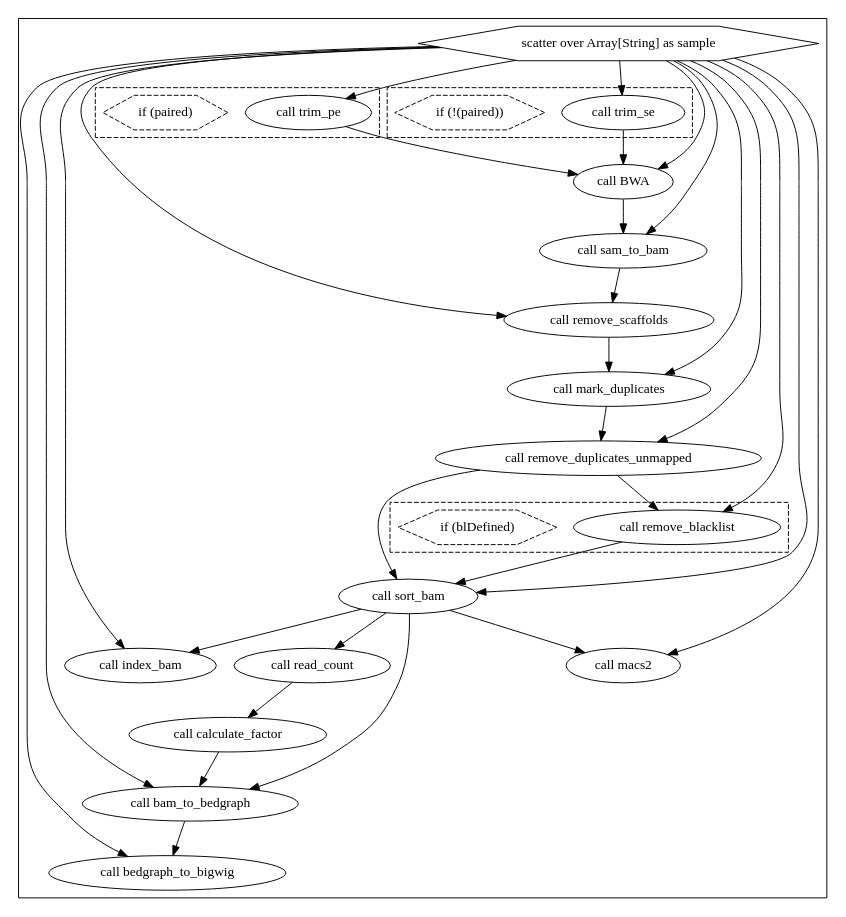
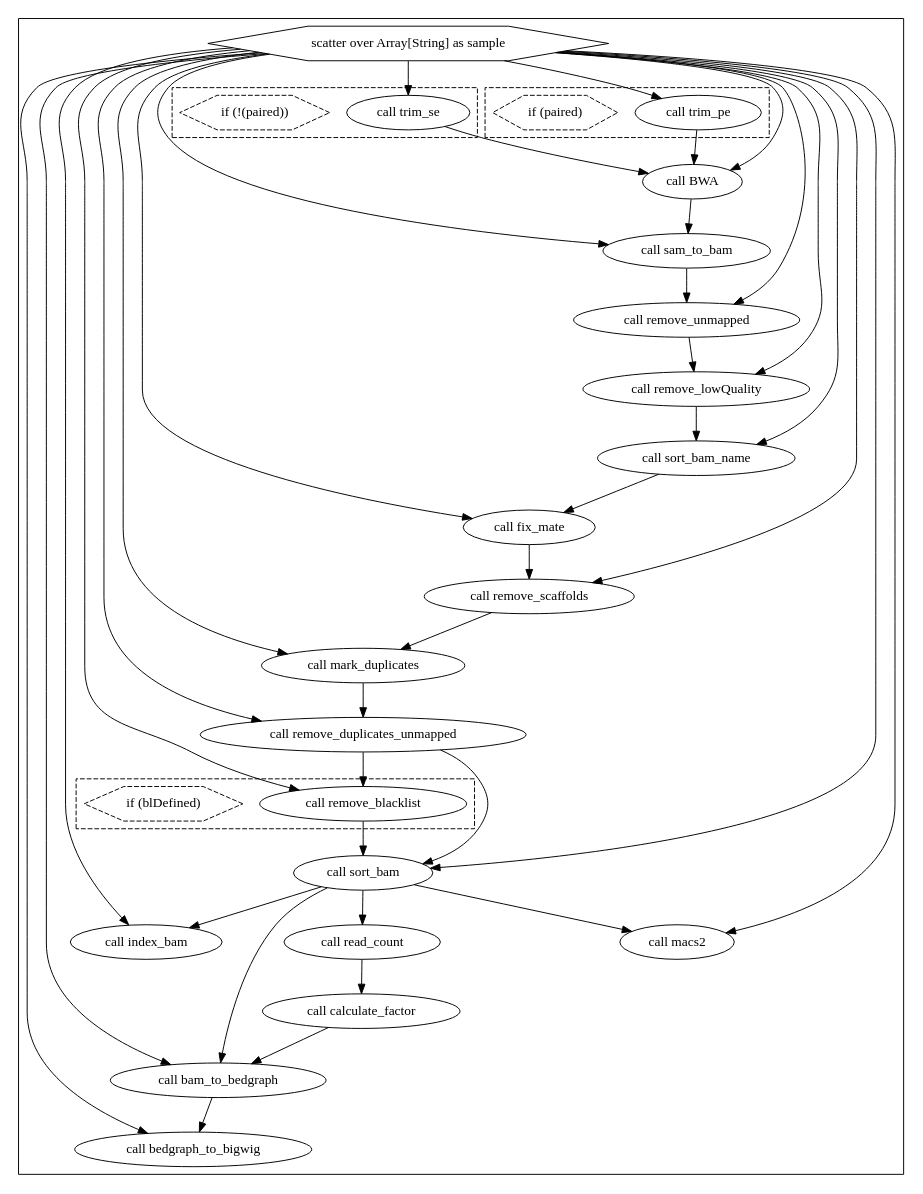
Before and after one commit to faryabiLab/dockerize-workflows: the diagram in workflows/chip_seq/chipseq.dot, drawn with Graphviz. The commit also changed 1 other file, not shown here.

Commit message:
Auto-update WDL workflow graphs

```diff
--- a/workflows/chip_seq/chipseq.dot
+++ b/workflows/chip_seq/chipseq.dot
@@ -1,72 +1,84 @@
 digraph ChIPseq {
   #rankdir=LR;
   compound=true;
 
   # Links
-  CALL_BWA -> CALL_sam_to_bam
   CALL_read_count -> CALL_calculate_factor
   SCATTER_0_VARIABLE_sample -> CALL_BWA
   SCATTER_0_VARIABLE_sample -> CALL_bedgraph_to_bigwig
-  CALL_sam_to_bam -> CALL_remove_scaffolds
-  CALL_remove_duplicates_unmapped -> CALL_sort_bam
-  CALL_trim_pe -> CALL_BWA
+  CALL_sam_to_bam -> CALL_remove_unmapped
   SCATTER_0_VARIABLE_sample -> CALL_trim_se
   CALL_sort_bam -> CALL_index_bam
   SCATTER_0_VARIABLE_sample -> CALL_remove_blacklist
   CALL_remove_scaffolds -> CALL_mark_duplicates
+  SCATTER_0_VARIABLE_sample -> CALL_fix_mate
   CALL_trim_se -> CALL_BWA
+  SCATTER_0_VARIABLE_sample -> CALL_sort_bam_name
   CALL_calculate_factor -> CALL_bam_to_bedgraph
   CALL_mark_duplicates -> CALL_remove_duplicates_unmapped
+  CALL_sort_bam_name -> CALL_fix_mate
+  CALL_BWA -> CALL_sam_to_bam
+  CALL_remove_unmapped -> CALL_remove_lowQuality
   CALL_sort_bam -> CALL_macs2
   SCATTER_0_VARIABLE_sample -> CALL_remove_duplicates_unmapped
   CALL_bam_to_bedgraph -> CALL_bedgraph_to_bigwig
   CALL_sort_bam -> CALL_read_count
   SCATTER_0_VARIABLE_sample -> CALL_macs2
   SCATTER_0_VARIABLE_sample -> CALL_sort_bam
+  SCATTER_0_VARIABLE_sample -> CALL_remove_unmapped
+  CALL_remove_lowQuality -> CALL_sort_bam_name
+  CALL_remove_duplicates_unmapped -> CALL_sort_bam
   SCATTER_0_VARIABLE_sample -> CALL_remove_scaffolds
   SCATTER_0_VARIABLE_sample -> CALL_mark_duplicates
   SCATTER_0_VARIABLE_sample -> CALL_bam_to_bedgraph
   CALL_remove_duplicates_unmapped -> CALL_remove_blacklist
   SCATTER_0_VARIABLE_sample -> CALL_index_bam
+  SCATTER_0_VARIABLE_sample -> CALL_remove_lowQuality
   SCATTER_0_VARIABLE_sample -> CALL_trim_pe
   CALL_sort_bam -> CALL_bam_to_bedgraph
+  CALL_trim_pe -> CALL_BWA
+  CALL_fix_mate -> CALL_remove_scaffolds
   SCATTER_0_VARIABLE_sample -> CALL_sam_to_bam
   CALL_remove_blacklist -> CALL_sort_bam
 
   # Nodes
   subgraph cluster_0 {
     style="filled,solid";
     fillcolor=white;
+    CALL_sort_bam_name [label="call sort_bam_name"]
     SCATTER_0_VARIABLE_sample [shape="hexagon" label="scatter over Array[String] as sample"]
     CALL_sam_to_bam [label="call sam_to_bam"]
-    CALL_mark_duplicates [label="call mark_duplicates"]
     subgraph cluster_1 {
       style="filled,dashed";
       fillcolor=white;
       CALL_trim_se [label="call trim_se"]
       CONDITIONAL_1_EXPRESSION [shape="hexagon" label="if (!(paired))" style="dashed" ]
     }
-    CALL_bam_to_bedgraph [label="call bam_to_bedgraph"]
+    CALL_remove_lowQuality [label="call remove_lowQuality"]
     CALL_BWA [label="call BWA"]
     CALL_calculate_factor [label="call calculate_factor"]
+    CALL_fix_mate [label="call fix_mate"]
+    CALL_remove_duplicates_unmapped [label="call remove_duplicates_unmapped"]
     CALL_remove_scaffolds [label="call remove_scaffolds"]
     CALL_sort_bam [label="call sort_bam"]
     CALL_macs2 [label="call macs2"]
-    CALL_index_bam [label="call index_bam"]
-    CALL_read_count [label="call read_count"]
-    CALL_remove_duplicates_unmapped [label="call remove_duplicates_unmapped"]
+    CALL_mark_duplicates [label="call mark_duplicates"]
     subgraph cluster_2 {
       style="filled,dashed";
       fillcolor=white;
-      CALL_remove_blacklist [label="call remove_blacklist"]
-      CONDITIONAL_2_EXPRESSION [shape="hexagon" label="if (blDefined)" style="dashed" ]
+      CALL_trim_pe [label="call trim_pe"]
+      CONDITIONAL_2_EXPRESSION [shape="hexagon" label="if (paired)" style="dashed" ]
     }
+    CALL_bam_to_bedgraph [label="call bam_to_bedgraph"]
+    CALL_remove_unmapped [label="call remove_unmapped"]
+    CALL_index_bam [label="call index_bam"]
+    CALL_read_count [label="call read_count"]
     CALL_bedgraph_to_bigwig [label="call bedgraph_to_bigwig"]
     subgraph cluster_3 {
       style="filled,dashed";
       fillcolor=white;
-      CALL_trim_pe [label="call trim_pe"]
-      CONDITIONAL_3_EXPRESSION [shape="hexagon" label="if (paired)" style="dashed" ]
+      CALL_remove_blacklist [label="call remove_blacklist"]
+      CONDITIONAL_3_EXPRESSION [shape="hexagon" label="if (blDefined)" style="dashed" ]
     }
   }
 }
```
